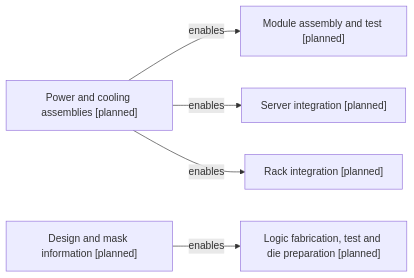
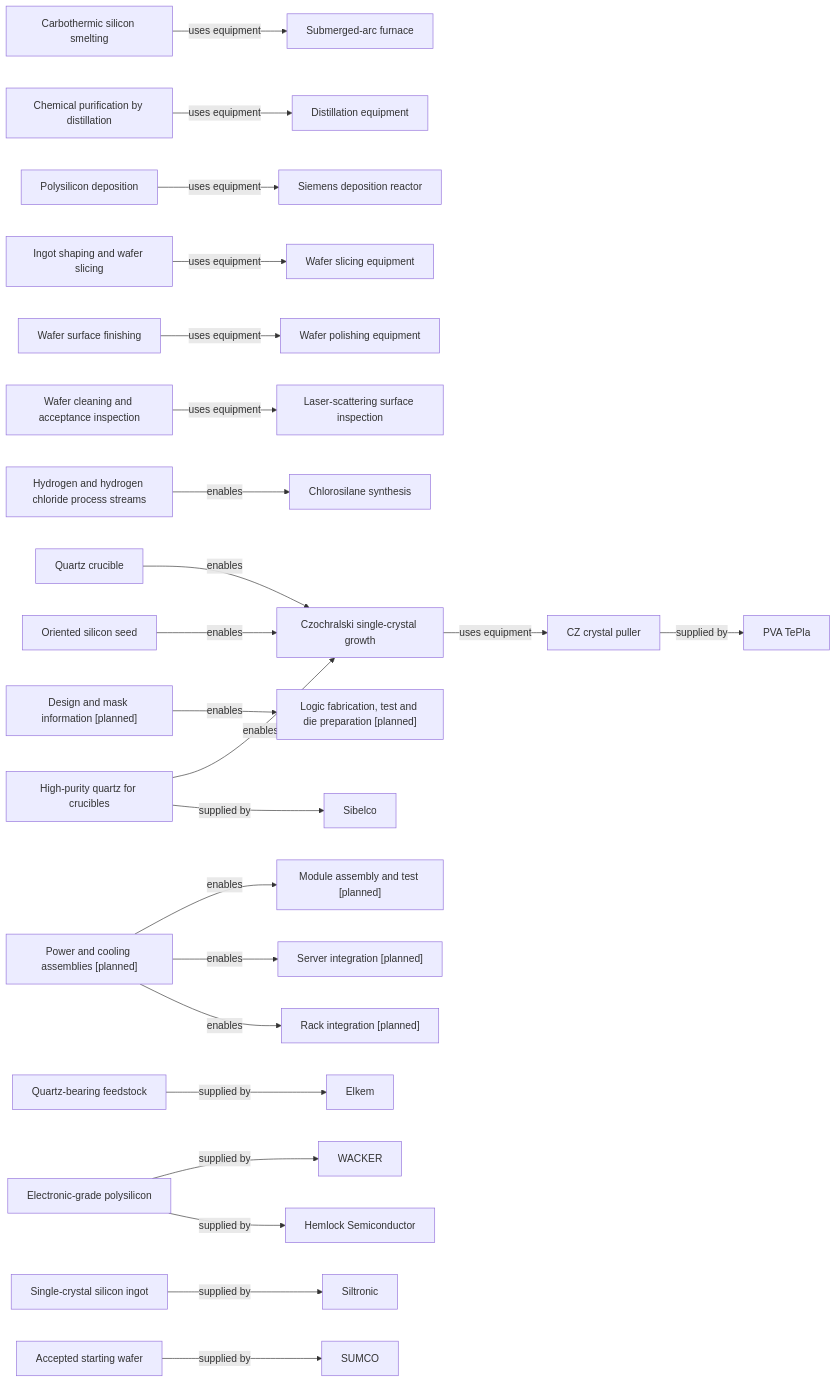
The third of 3 diagrams in DEPENDENCIES.md (samuelianrich/semiconductor-manufacturing-kb), drawn with Mermaid before and after one commit. The commit also changed other lines of this file and 84 other files, not shown here.

````diff
--- a/DEPENDENCIES.md
+++ b/DEPENDENCIES.md
@@ -197,13 +197,61 @@
 ```mermaid
 flowchart LR
   ART_0041["Power and cooling assemblies [planned]"]
   ART_0042["Design and mask information [planned]"]
+  EQ_0001["Submerged-arc furnace"]
+  EQ_0002["Distillation equipment"]
+  EQ_0003["Siemens deposition reactor"]
+  EQ_0004["CZ crystal puller"]
+  EQ_0005["Wafer slicing equipment"]
+  EQ_0006["Wafer polishing equipment"]
+  EQ_0007["Laser-scattering surface inspection"]
+  MAT_0001["Quartz-bearing feedstock"]
+  MAT_0006["Electronic-grade polysilicon"]
+  MAT_0007["Single-crystal silicon ingot"]
+  MAT_0010["Accepted starting wafer"]
+  MAT_0012["High-purity quartz for crucibles"]
+  MAT_0013["Quartz crucible"]
+  MAT_0014["Hydrogen and hydrogen chloride process streams"]
+  MAT_0015["Oriented silicon seed"]
+  PROC_0002["Carbothermic silicon smelting"]
+  PROC_0003["Chlorosilane synthesis"]
+  PROC_0004["Chemical purification by distillation"]
+  PROC_0005["Polysilicon deposition"]
+  PROC_0006["Czochralski single-crystal growth"]
+  PROC_0007["Ingot shaping and wafer slicing"]
+  PROC_0008["Wafer surface finishing"]
+  PROC_0009["Wafer cleaning and acceptance inspection"]
   PROC_0030["Logic fabrication, test and die preparation [planned]"]
   PROC_0038["Module assembly and test [planned]"]
   PROC_0039["Server integration [planned]"]
   PROC_0040["Rack integration [planned]"]
+  SUP_0001["Elkem"]
+  SUP_0002["Sibelco"]
+  SUP_0003["WACKER"]
+  SUP_0004["Hemlock Semiconductor"]
+  SUP_0005["PVA TePla"]
+  SUP_0006["Siltronic"]
+  SUP_0007["SUMCO"]
   ART_0042 -->|"enables"| PROC_0030
   ART_0041 -->|"enables"| PROC_0038
   ART_0041 -->|"enables"| PROC_0039
   ART_0041 -->|"enables"| PROC_0040
+  PROC_0002 -->|"uses equipment"| EQ_0001
+  PROC_0004 -->|"uses equipment"| EQ_0002
+  PROC_0005 -->|"uses equipment"| EQ_0003
+  PROC_0006 -->|"uses equipment"| EQ_0004
+  PROC_0007 -->|"uses equipment"| EQ_0005
+  PROC_0008 -->|"uses equipment"| EQ_0006
+  PROC_0009 -->|"uses equipment"| EQ_0007
+  MAT_0012 -->|"enables"| PROC_0006
+  MAT_0013 -->|"enables"| PROC_0006
+  MAT_0014 -->|"enables"| PROC_0003
+  MAT_0015 -->|"enables"| PROC_0006
+  MAT_0001 -->|"supplied by"| SUP_0001
+  MAT_0012 -->|"supplied by"| SUP_0002
+  MAT_0006 -->|"supplied by"| SUP_0003
+  MAT_0006 -->|"supplied by"| SUP_0004
+  EQ_0004 -->|"supplied by"| SUP_0005
+  MAT_0007 -->|"supplied by"| SUP_0006
+  MAT_0010 -->|"supplied by"| SUP_0007
 ```
````
